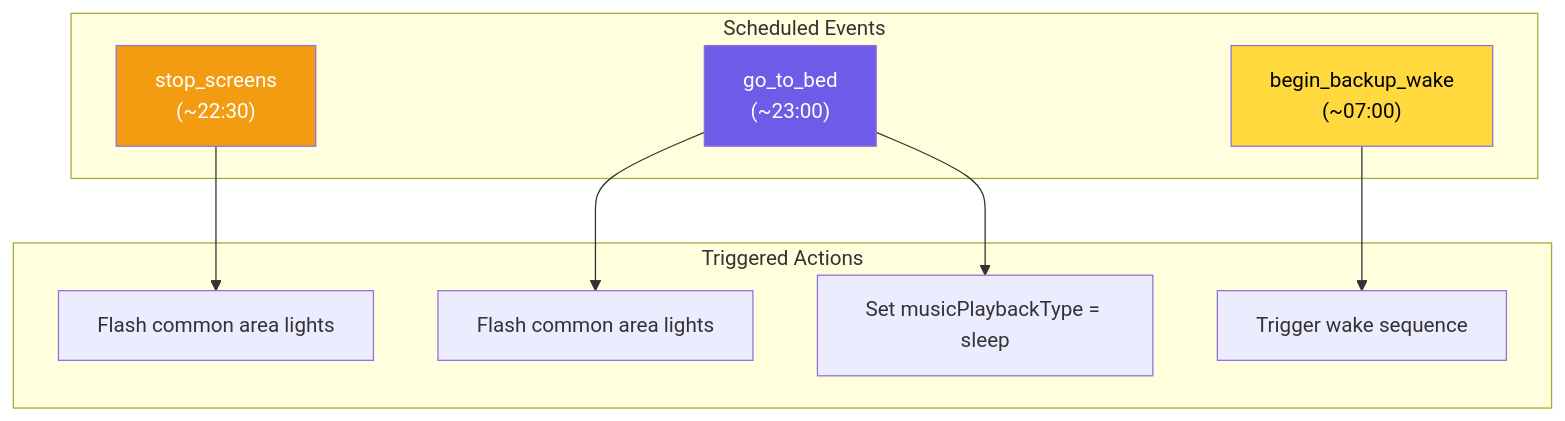
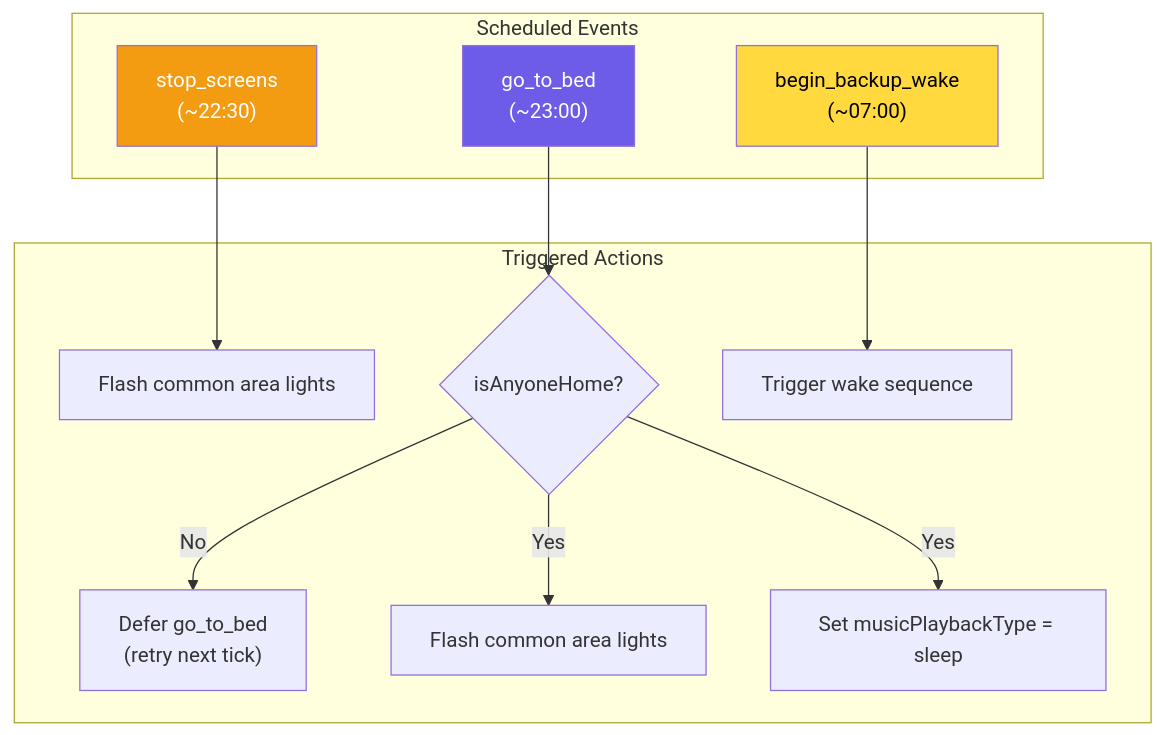
Before and after one commit to NickBorgers/home-automation: the first of 9 diagrams in docs/flows/SLEEP_HYGIENE.md, drawn with Mermaid. The commit also changed other lines of this file, not shown here.

Commit message:
docs: document go_to_bed presence gate

````diff
--- a/docs/flows/SLEEP_HYGIENE.md
+++ b/docs/flows/SLEEP_HYGIENE.md
@@ -15,24 +15,28 @@
 ```mermaid
 flowchart TD
     subgraph Schedule["Scheduled Events"]
         stopScreens["stop_screens<br/>(~22:30)"]
         goToBed["go_to_bed<br/>(~23:00)"]
         backupWake["begin_backup_wake<br/>(~07:00)"]
     end
 
     subgraph Actions["Triggered Actions"]
         flashLights1["Flash common area lights"]
+        checkHome{"isAnyoneHome?"}
+        deferGoToBed["Defer go_to_bed<br/>(retry next tick)"]
         flashLights2["Flash common area lights"]
         startSleep["Set musicPlaybackType = sleep"]
         triggerWake["Trigger wake sequence"]
     end
 
     stopScreens --> flashLights1
-    goToBed --> flashLights2
-    goToBed --> startSleep
+    goToBed --> checkHome
+    checkHome -->|Yes| flashLights2
+    checkHome -->|Yes| startSleep
+    checkHome -->|No| deferGoToBed
     backupWake --> triggerWake
 
     style stopScreens fill:#f39c12,color:#fff
     style goToBed fill:#6c5ce7,color:#fff
     style backupWake fill:#ffd93d,color:#000
 ```
````
